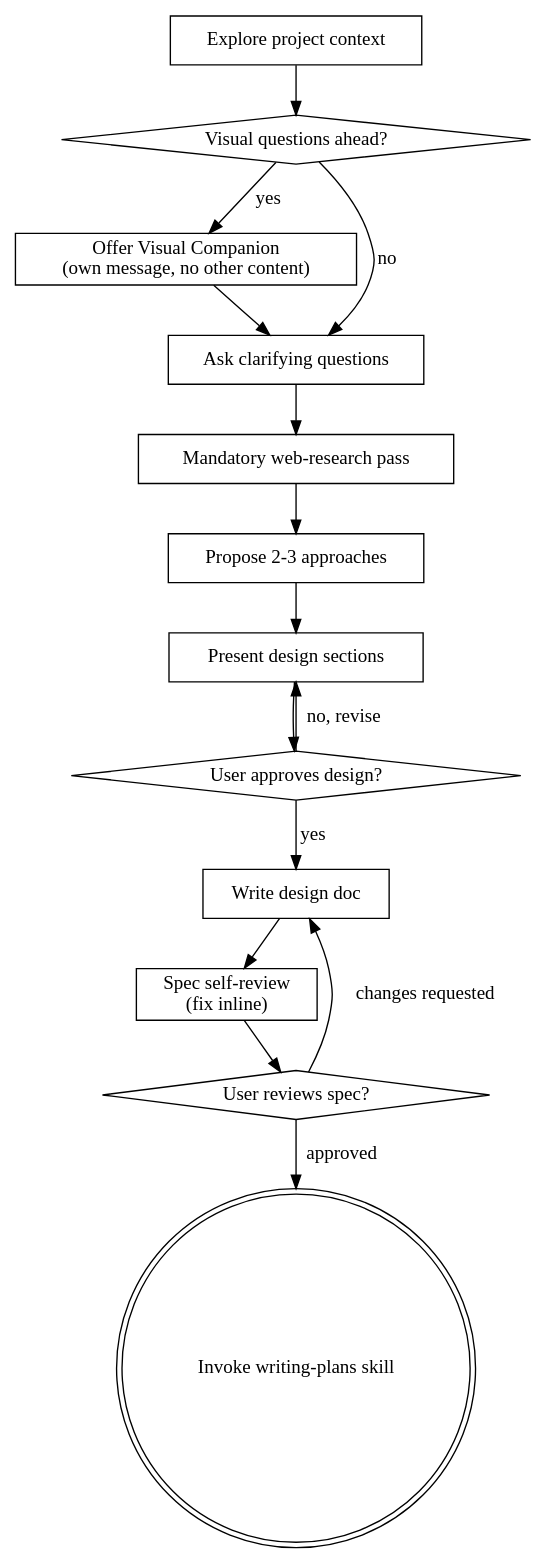
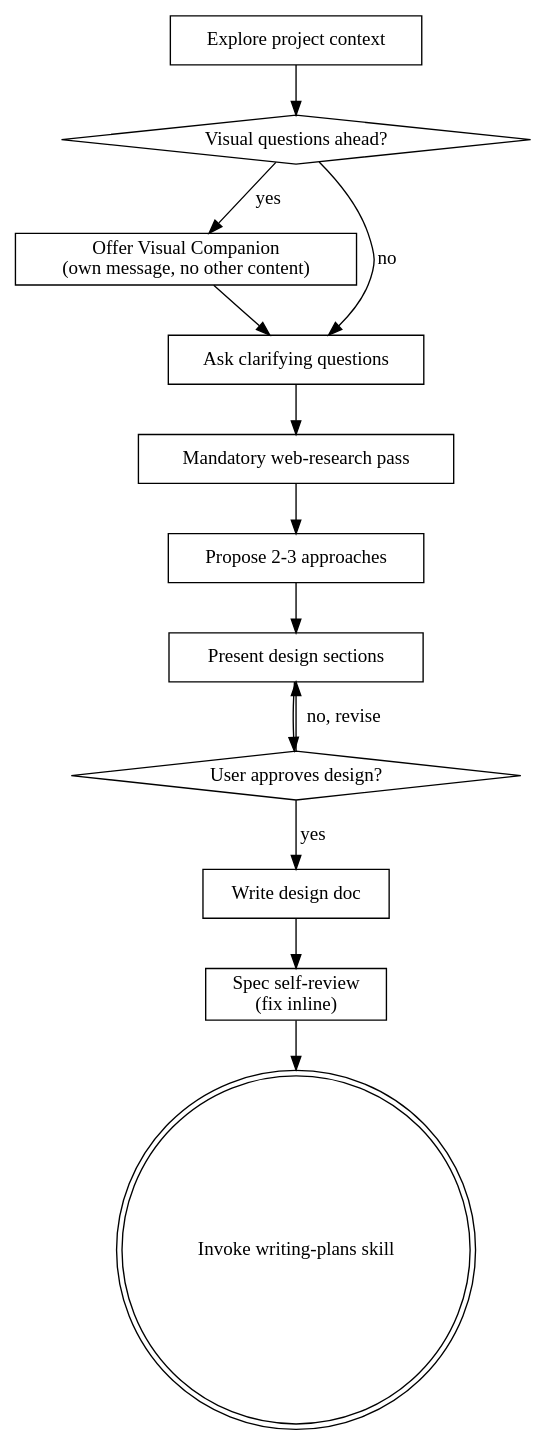
The diagram in skills/brainstorming/SKILL.md (wenindoubt/superpowers), drawn with Graphviz before and after one commit. The commit also changed other lines of this file, not shown here.

First line of the commit message:
feat: remove post-spec user-review gate from brainstorming (fork-local)

````diff
--- a/skills/brainstorming/SKILL.md
+++ b/skills/brainstorming/SKILL.md
@@ -37,31 +36,28 @@
 ```dot
 digraph brainstorming {
     "Explore project context" [shape=box];
     "Visual questions ahead?" [shape=diamond];
     "Offer Visual Companion\n(own message, no other content)" [shape=box];
     "Ask clarifying questions" [shape=box];
     "Mandatory web-research pass" [shape=box];
     "Propose 2-3 approaches" [shape=box];
     "Present design sections" [shape=box];
     "User approves design?" [shape=diamond];
     "Write design doc" [shape=box];
     "Spec self-review\n(fix inline)" [shape=box];
-    "User reviews spec?" [shape=diamond];
     "Invoke writing-plans skill" [shape=doublecircle];
 
     "Explore project context" -> "Visual questions ahead?";
     "Visual questions ahead?" -> "Offer Visual Companion\n(own message, no other content)" [label="yes"];
     "Visual questions ahead?" -> "Ask clarifying questions" [label="no"];
     "Offer Visual Companion\n(own message, no other content)" -> "Ask clarifying questions";
     "Ask clarifying questions" -> "Mandatory web-research pass";
     "Mandatory web-research pass" -> "Propose 2-3 approaches";
     "Propose 2-3 approaches" -> "Present design sections";
     "Present design sections" -> "User approves design?";
     "User approves design?" -> "Present design sections" [label="no, revise"];
     "User approves design?" -> "Write design doc" [label="yes"];
     "Write design doc" -> "Spec self-review\n(fix inline)";
-    "Spec self-review\n(fix inline)" -> "User reviews spec?";
-    "User reviews spec?" -> "Write design doc" [label="changes requested"];
-    "User reviews spec?" -> "Invoke writing-plans skill" [label="approved"];
+    "Spec self-review\n(fix inline)" -> "Invoke writing-plans skill";
 }
 ```
````
